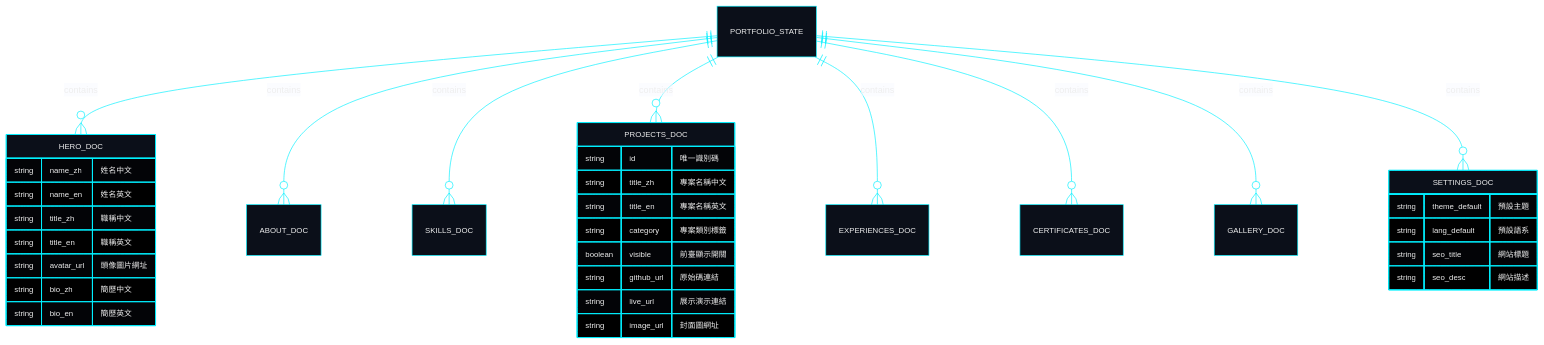
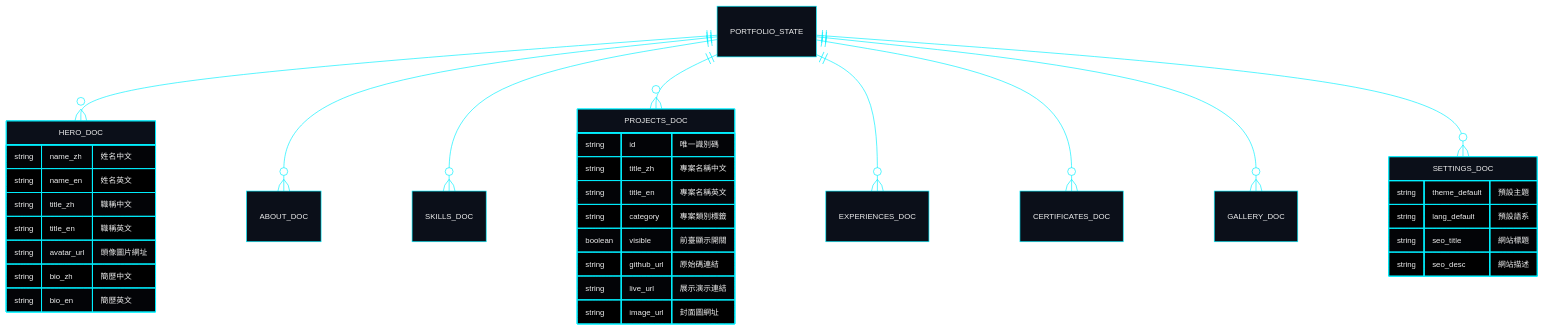
Before and after one commit to EricXJason/my-portfolio-website: the third of 3 diagrams in README.md, drawn with Mermaid. The commit also changed other lines of this file and 32 other files, not shown here.

````diff
--- a/README.md
+++ b/README.md
@@ -159,55 +161,56 @@
 ```mermaid
 %%{init: {
   'theme': 'base',
   'themeVariables': {
     'darkMode': true,
     'background': '#030712',
     'mainBkg': '#0b0f19',
     'nodeBorder': '#00f0ff',
     'textColor': '#f8fafc',
     'lineColor': '#00f0ff',
-    'clusterBkg': '#060a14',
-    'clusterBorder': '#1e293b',
     'titleColor': '#00f0ff',
     'edgeLabelBackground': '#030712',
+    'attributeBackgroundColorOdd': '#060a14',
+    'attributeBackgroundColorEven': '#0b0f19',
     'fontSize': '12px'
-  }
+  },
+  'themeCSS': 'rect, .node rect, rect.actor { rx: 0px !important; ry: 0px !important; } .er.relationshipLabelBox { fill: none !important; stroke: none !important; display: none !important; } .er.relationshipLabel { fill: #00f0ff !important; font-weight: bold; } .er.entityBox { fill: #0b0f19 !important; stroke: #00f0ff !important; rx: 0px !important; ry: 0px !important; } .er.entityLabel { fill: #00f0ff !important; } .er.attributeBoxOdd { fill: #060a14 !important; stroke: #1e293b !important; } .er.attributeBoxEven { fill: #0b0f19 !important; stroke: #1e293b !important; }'
 }}%%
 erDiagram
-    PORTFOLIO_STATE ||--o{ HERO_DOC : contains
-    PORTFOLIO_STATE ||--o{ ABOUT_DOC : contains
-    PORTFOLIO_STATE ||--o{ SKILLS_DOC : contains
-    PORTFOLIO_STATE ||--o{ PROJECTS_DOC : contains
-    PORTFOLIO_STATE ||--o{ EXPERIENCES_DOC : contains
-    PORTFOLIO_STATE ||--o{ CERTIFICATES_DOC : contains
-    PORTFOLIO_STATE ||--o{ GALLERY_DOC : contains
-    PORTFOLIO_STATE ||--o{ SETTINGS_DOC : contains
+    PORTFOLIO_STATE ||--o{ HERO_DOC : " "
+    PORTFOLIO_STATE ||--o{ ABOUT_DOC : " "
+    PORTFOLIO_STATE ||--o{ SKILLS_DOC : " "
+    PORTFOLIO_STATE ||--o{ PROJECTS_DOC : " "
+    PORTFOLIO_STATE ||--o{ EXPERIENCES_DOC : " "
+    PORTFOLIO_STATE ||--o{ CERTIFICATES_DOC : " "
+    PORTFOLIO_STATE ||--o{ GALLERY_DOC : " "
+    PORTFOLIO_STATE ||--o{ SETTINGS_DOC : " "
 
     HERO_DOC {
         string name_zh "姓名中文"
         string name_en "姓名英文"
         string title_zh "職稱中文"
         string title_en "職稱英文"
         string avatar_url "頭像圖片網址"
         string bio_zh "簡歷中文"
         string bio_en "簡歷英文"
     }
 
     PROJECTS_DOC {
         string id "唯一識別碼"
         string title_zh "專案名稱中文"
         string title_en "專案名稱英文"
         string category "專案類別標籤"
         boolean visible "前臺顯示開關"
         string github_url "原始碼連結"
         string live_url "展示演示連結"
         string image_url "封面圖網址"
     }
 
     SETTINGS_DOC {
         string theme_default "預設主題"
         string lang_default "預設語系"
         string seo_title "網站標題"
         string seo_desc "網站描述"
     }
 ```
````
